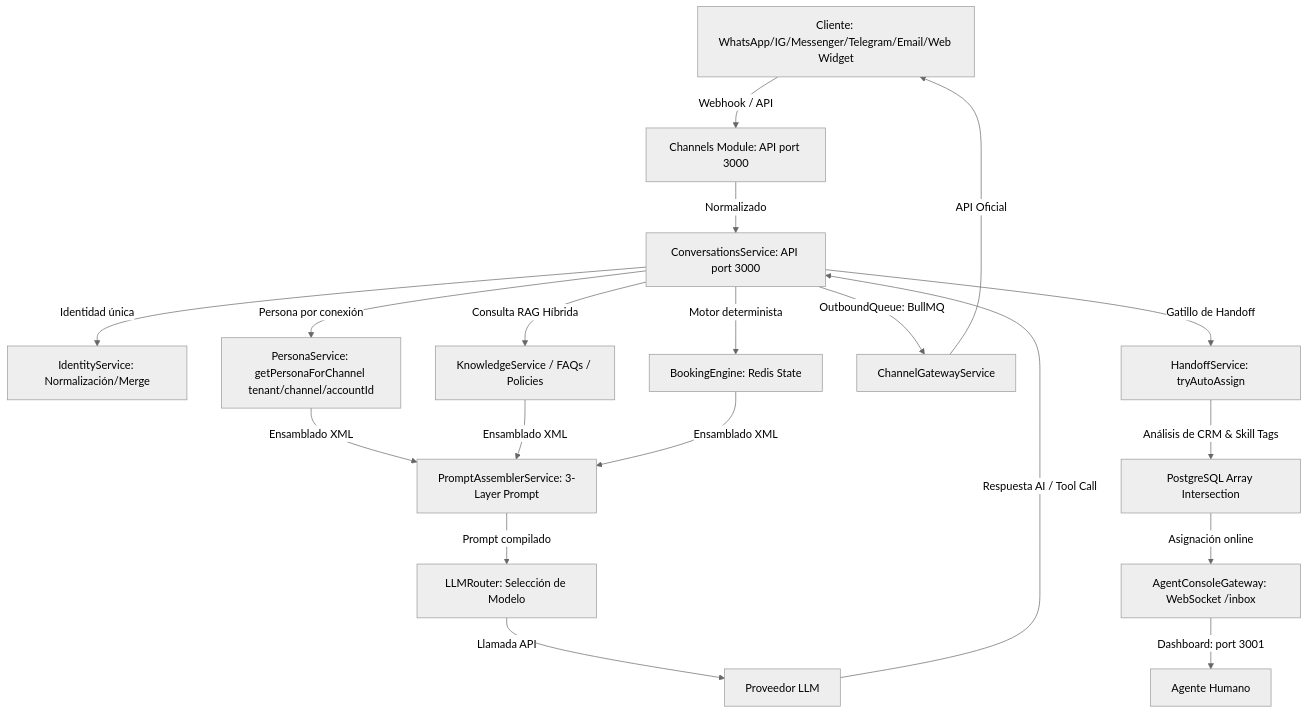
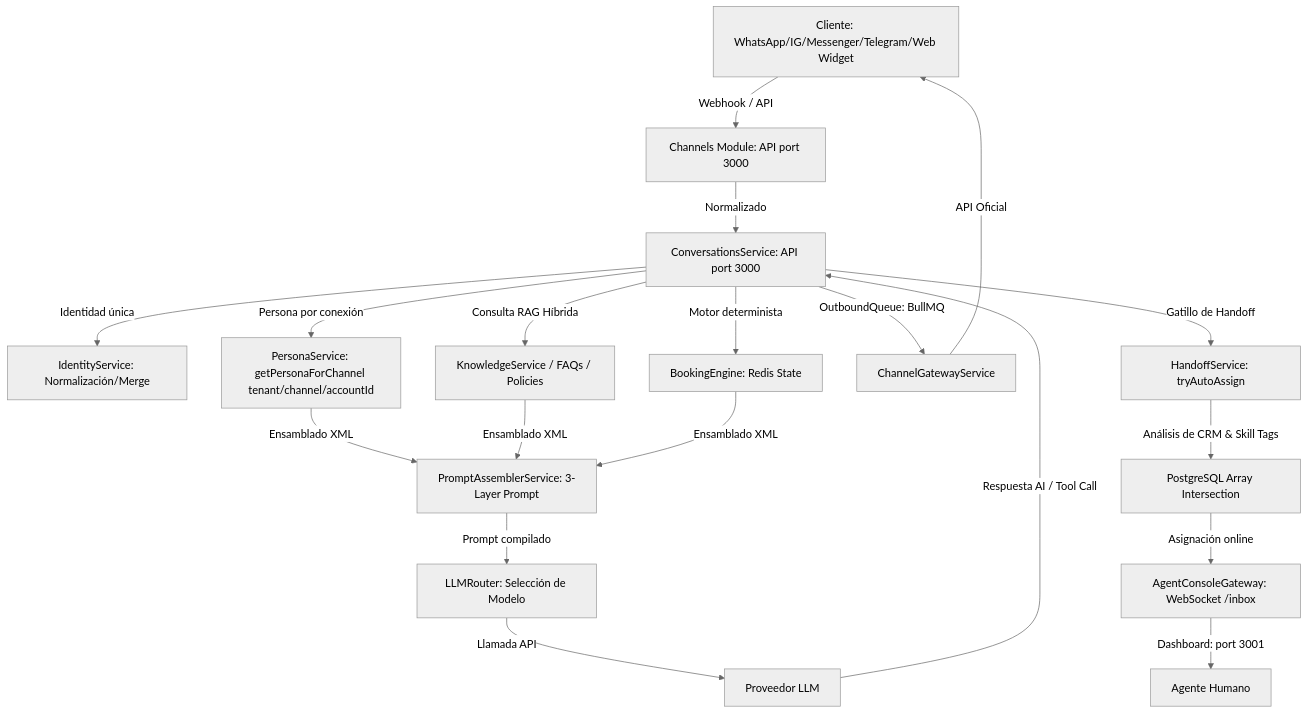
Before and after one commit to Nipko/sales-structure: the first of 2 diagrams in docs/architecture-detail.md, drawn with Mermaid (neutral theme). The commit also changed other lines of this file and 192 other files, not shown here.

````diff
--- a/docs/architecture-detail.md
+++ b/docs/architecture-detail.md
@@ -11,21 +11,21 @@
 ```mermaid
 graph TD
-    A[Cliente: WhatsApp/IG/Messenger/Telegram/Email/Web Widget] -->|Webhook / API| B[Channels Module: API port 3000]
+    A[Cliente: WhatsApp/IG/Messenger/Telegram/Web Widget] -->|Webhook / API| B[Channels Module: API port 3000]
     B -->|Normalizado| C[ConversationsService: API port 3000]
     C -->|Identidad única| D[IdentityService: Normalización/Merge]
     C -->|Persona por conexión| E[PersonaService: getPersonaForChannel tenant/channel/accountId]
     C -->|Consulta RAG Híbrida| F[KnowledgeService / FAQs / Policies]
     C -->|Motor determinista| G[BookingEngine: Redis State]
     E & F & G -->|Ensamblado XML| H[PromptAssemblerService: 3-Layer Prompt]
     H -->|Prompt compilado| I[LLMRouter: Selección de Modelo]
     I -->|Llamada API| J[Proveedor LLM]
     J -->|Respuesta AI / Tool Call| C
     C -->|OutboundQueue: BullMQ| K[ChannelGatewayService]
     K -->|API Oficial| A
     
     %% Flujo de Escalamiento Humano
     C -->|Gatillo de Handoff| L[HandoffService: tryAutoAssign]
     L -->|Análisis de CRM & Skill Tags| M[PostgreSQL Array Intersection]
     M -->|Asignación online| N[AgentConsoleGateway: WebSocket /inbox]
     N -->|Dashboard: port 3001| O[Agente Humano]
 ```
````
